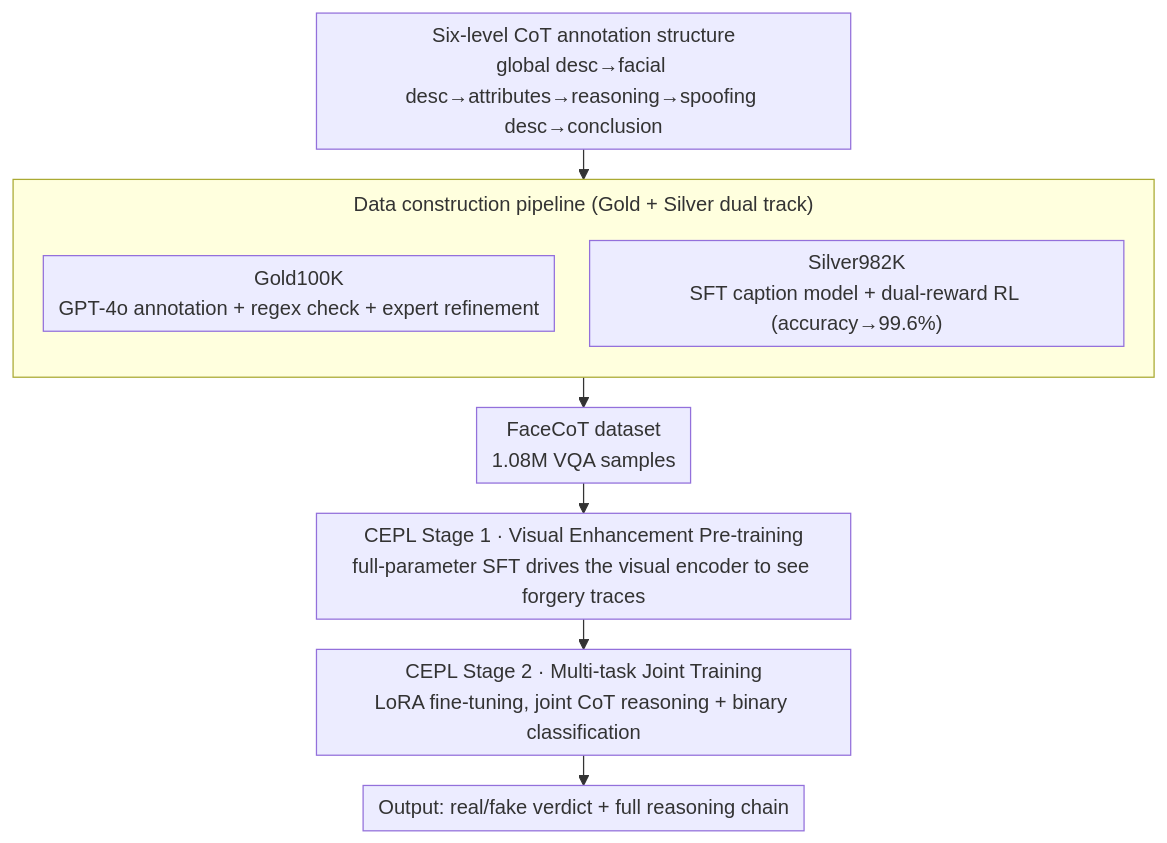
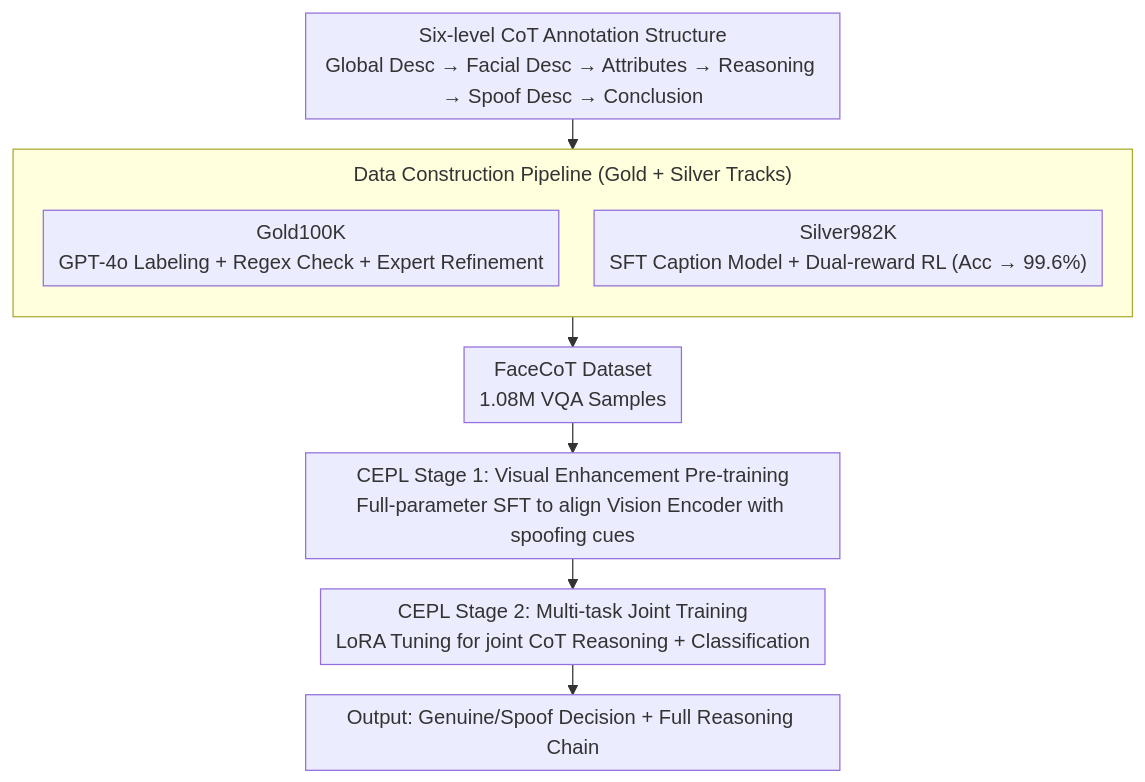
Before and after one commit to zhaoyang97/Paper-Notes-en: the diagram in docs/CVPR2026/human_understanding/facecot_cot_reasoning_face_anti_spoofing.md, drawn with Mermaid. The commit also changed other lines of this file and 8366 other files, not shown here.

````diff
--- a/docs/CVPR2026/human_understanding/facecot_cot_reasoning_face_anti_spoofing.md
+++ b/docs/CVPR2026/human_understanding/facecot_cot_reasoning_face_anti_spoofing.md
@@ -49,15 +35,15 @@
 ```mermaid
 %%{init: {'flowchart': {'rankSpacing': 24, 'nodeSpacing': 28, 'padding': 6, 'wrappingWidth': 400, 'subGraphTitleMargin': {'top': 8, 'bottom': 16}}}}%%
 flowchart TD
-    SCHEMA["Six-level CoT annotation structure<br/>global desc→facial desc→attributes→reasoning→spoofing desc→conclusion"]
-    subgraph PIPE["Data construction pipeline (Gold + Silver dual track)"]
+    SCHEMA["Six-level CoT Annotation Structure<br/>Global Desc → Facial Desc → Attributes → Reasoning → Spoof Desc → Conclusion"]
+    subgraph PIPE["Data Construction Pipeline (Gold + Silver Tracks)"]
         direction TB
-        A["Gold100K<br/>GPT-4o annotation + regex check + expert refinement"]
-        B["Silver982K<br/>SFT caption model + dual-reward RL (accuracy→99.6%)"]
+        A["Gold100K<br/>GPT-4o Labeling + Regex Check + Expert Refinement"]
+        B["Silver982K<br/>SFT Caption Model + Dual-reward RL (Acc → 99.6%)"]
     end
     SCHEMA --> PIPE
-    PIPE --> DATA["FaceCoT dataset<br/>1.08M VQA samples"]
-    DATA --> S1["CEPL Stage 1 · Visual Enhancement Pre-training<br/>full-parameter SFT drives the visual encoder to see forgery traces"]
-    S1 --> S2["CEPL Stage 2 · Multi-task Joint Training<br/>LoRA fine-tuning, joint CoT reasoning + binary classification"]
-    S2 --> OUT["Output: real/fake verdict + full reasoning chain"]
+    PIPE --> DATA["FaceCoT Dataset<br/>1.08M VQA Samples"]
+    DATA --> S1["CEPL Stage 1: Visual Enhancement Pre-training<br/>Full-parameter SFT to align Vision Encoder with spoofing cues"]
+    S1 --> S2["CEPL Stage 2: Multi-task Joint Training<br/>LoRA Tuning for joint CoT Reasoning + Classification"]
+    S2 --> OUT["Output: Genuine/Spoof Decision + Full Reasoning Chain"]
 ```
````
